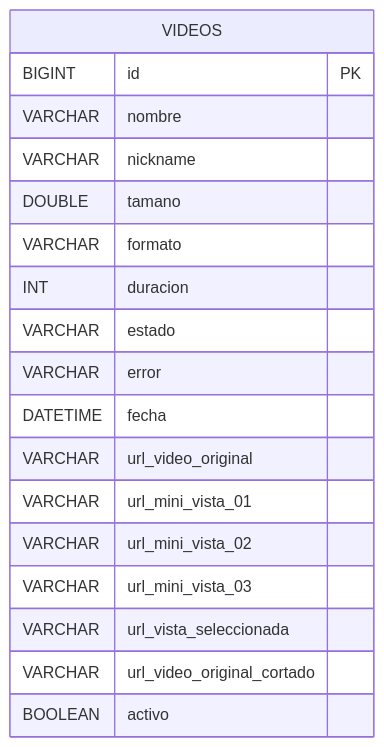
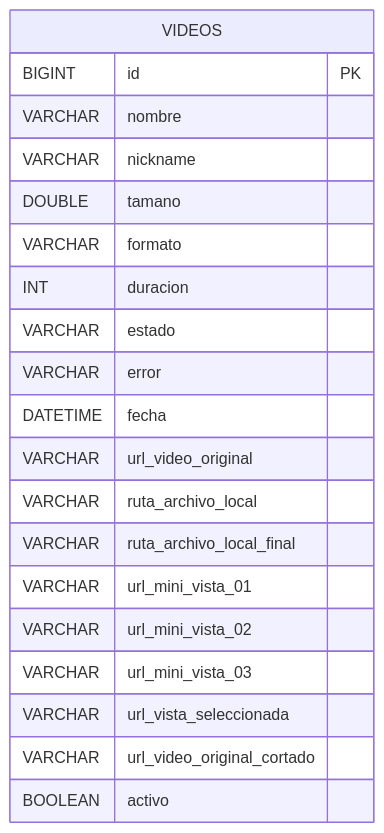
The diagram in backend/docs/H2_DATABASE.md (scalevision-org/scalevision), drawn with Mermaid before and after one commit. The commit also changed 4 other files, not shown here.

````diff
--- a/backend/docs/H2_DATABASE.md
+++ b/backend/docs/H2_DATABASE.md
@@ -5,21 +5,23 @@
 ```mermaid
 erDiagram
     VIDEOS {
         BIGINT id PK
         VARCHAR nombre
         VARCHAR nickname
         DOUBLE tamano
         VARCHAR formato
         INT duracion
         VARCHAR estado
         VARCHAR error
         DATETIME fecha
         VARCHAR url_video_original
+        VARCHAR ruta_archivo_local
+        VARCHAR ruta_archivo_local_final
         VARCHAR url_mini_vista_01
         VARCHAR url_mini_vista_02
         VARCHAR url_mini_vista_03
         VARCHAR url_vista_seleccionada
         VARCHAR url_video_original_cortado
         BOOLEAN activo
     }
 ```
````
